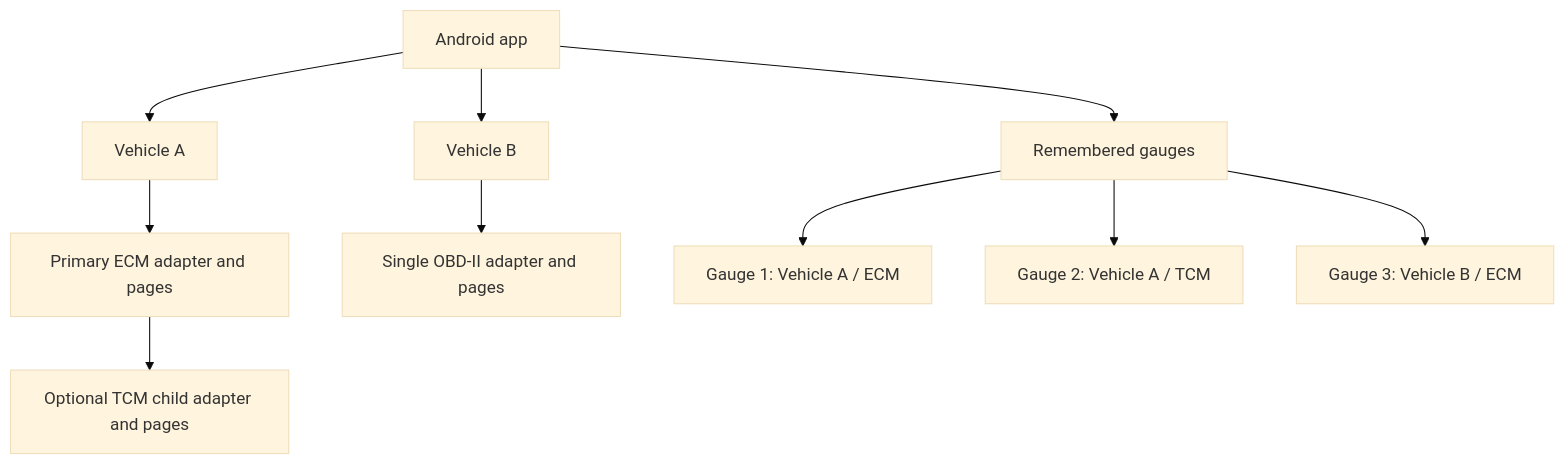
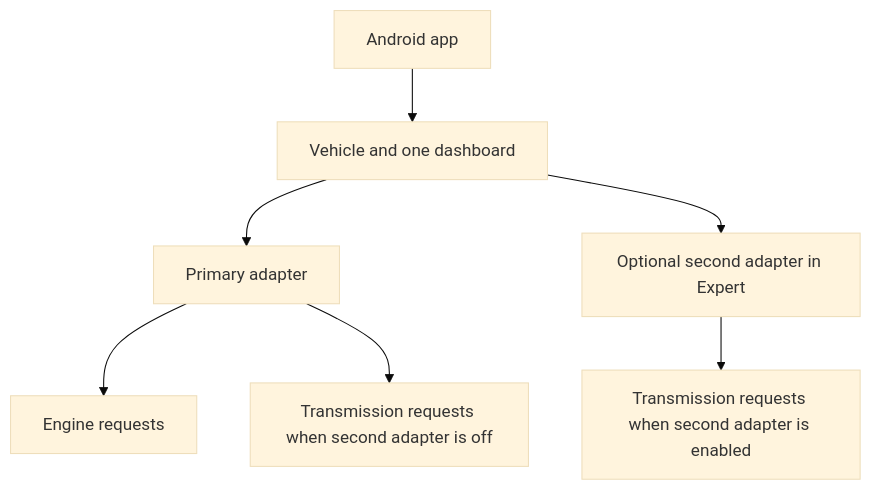
Before and after one commit to lstepnio/ESP32OBD2: the diagram in docs/architecture/vehicle-connections.md, drawn with Mermaid (base theme). The commit also changed other lines of this file and 44 other files, not shown here.

Commit message:
Route one complete vehicle dashboard across primary and optional child adapters

````diff
--- a/docs/architecture/vehicle-connections.md
+++ b/docs/architecture/vehicle-connections.md
@@ -13,12 +17,9 @@
 ```mermaid
 flowchart TD
-    App[Android app] --> VehicleA[Vehicle A]
-    App --> VehicleB[Vehicle B]
-    VehicleA --> ECM[Primary ECM adapter and pages]
-    ECM --> TCM[Optional TCM child adapter and pages]
-    VehicleB --> Single[Single OBD-II adapter and pages]
-    App --> Gauges[Remembered gauges]
-    Gauges --> G1[Gauge 1: Vehicle A / ECM]
-    Gauges --> G2[Gauge 2: Vehicle A / TCM]
-    Gauges --> G3[Gauge 3: Vehicle B / ECM]
+    App[Android app] --> Vehicle[Vehicle and one dashboard]
+    Vehicle --> Primary[Primary adapter]
+    Vehicle --> Child[Optional second adapter in Expert]
+    Primary --> Engine[Engine requests]
+    Primary --> Transmission[Transmission requests when second adapter is off]
+    Child --> Routed[Transmission requests when second adapter is enabled]
 ```
````
